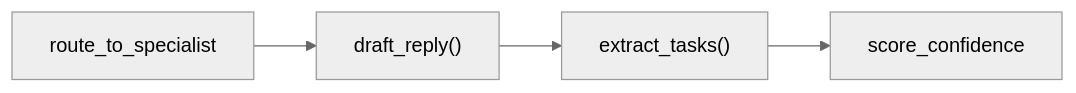
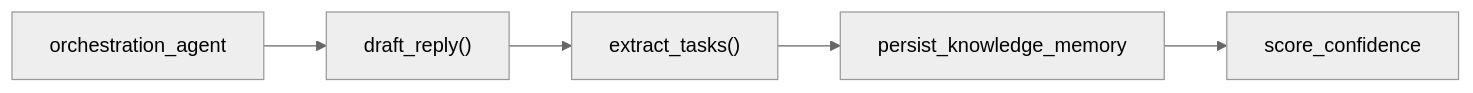
One commit to Samurai493/InboxPilotAI changed the eighth of 10 diagrams in backend/docs/STATE_GRAPHS.md. Above: the diagram before and after it, drawn with Mermaid (neutral theme). The commit also changed other lines of this file and 30 other files, not shown here.

Commit message:
Added Knowledge Graphs, LLM token usage, persistent processed results

````diff
--- a/backend/docs/STATE_GRAPHS.md
+++ b/backend/docs/STATE_GRAPHS.md
@@ -109,6 +112,7 @@
 ```mermaid
 flowchart LR
-    route_to_specialist --> generate_draft["draft_reply()"]
+    orchestration_agent --> generate_draft["draft_reply()"]
     generate_draft --> extract_tasks["extract_tasks()"]
-    extract_tasks --> score_confidence
+    extract_tasks --> persist_knowledge_memory
+    persist_knowledge_memory --> score_confidence
 ```
````
